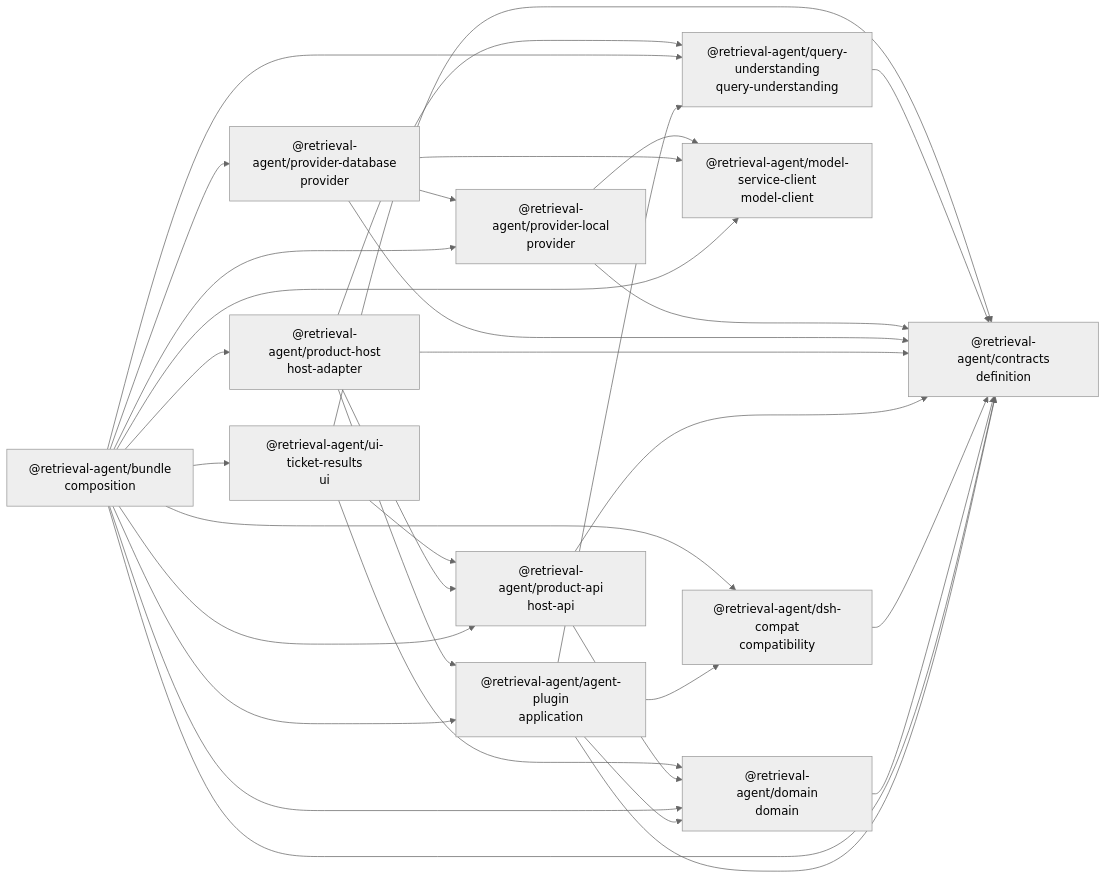
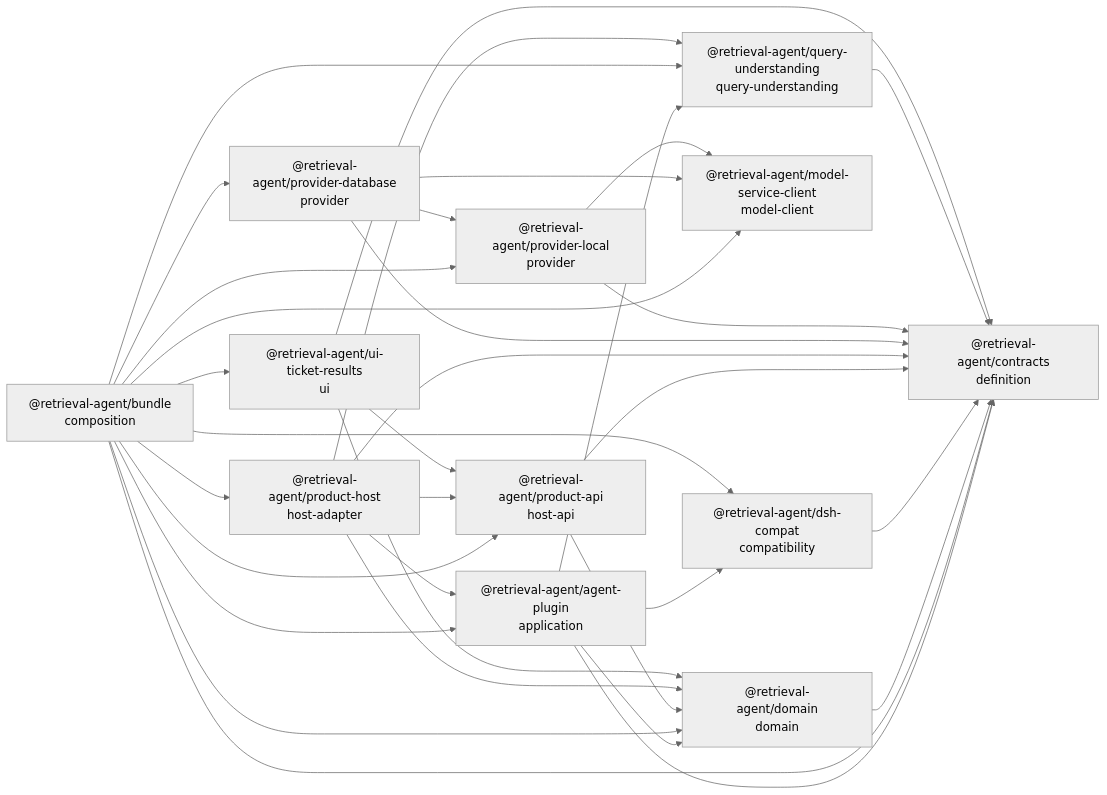
One commit to Merak-Wang/CaseWeave changed the diagram in docs/WORKSPACE_GRAPH.md. Above: the diagram before and after it, drawn with Mermaid (neutral theme). The commit also changed other lines of this file and 287 other files, not shown here.

````diff
--- a/docs/WORKSPACE_GRAPH.md
+++ b/docs/WORKSPACE_GRAPH.md
@@ -6,47 +6,48 @@
 ```mermaid
 flowchart LR
   agent_plugin["@retrieval-agent/agent-plugin<br/>application"]
   bundle["@retrieval-agent/bundle<br/>composition"]
   contracts["@retrieval-agent/contracts<br/>definition"]
   domain["@retrieval-agent/domain<br/>domain"]
   dsh_compat["@retrieval-agent/dsh-compat<br/>compatibility"]
   model_service_client["@retrieval-agent/model-service-client<br/>model-client"]
   product_api["@retrieval-agent/product-api<br/>host-api"]
   product_host["@retrieval-agent/product-host<br/>host-adapter"]
   provider_database["@retrieval-agent/provider-database<br/>provider"]
   provider_local["@retrieval-agent/provider-local<br/>provider"]
   query_understanding["@retrieval-agent/query-understanding<br/>query-understanding"]
   ui_ticket_results["@retrieval-agent/ui-ticket-results<br/>ui"]
   agent_plugin --> contracts
   agent_plugin --> domain
   agent_plugin --> dsh_compat
   agent_plugin --> query_understanding
   bundle --> agent_plugin
   bundle --> contracts
   bundle --> domain
   bundle --> dsh_compat
   bundle --> model_service_client
   bundle --> product_api
   bundle --> product_host
   bundle --> provider_database
   bundle --> provider_local
   bundle --> query_understanding
   bundle --> ui_ticket_results
   domain --> contracts
   dsh_compat --> contracts
   product_api --> contracts
   product_api --> domain
   product_host --> agent_plugin
   product_host --> contracts
+  product_host --> domain
   product_host --> product_api
   product_host --> query_understanding
   provider_database --> contracts
   provider_database --> model_service_client
   provider_database --> provider_local
   provider_local --> contracts
   provider_local --> model_service_client
   query_understanding --> contracts
   ui_ticket_results --> contracts
   ui_ticket_results --> domain
   ui_ticket_results --> product_api
 ```
````
